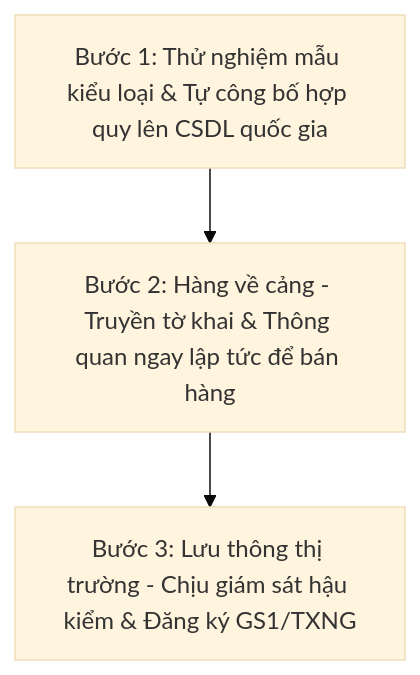
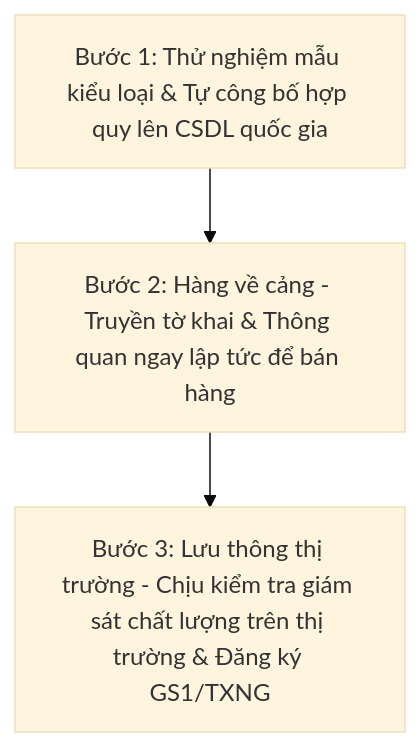
The first of 3 diagrams in knowledge/customs_rules/danh_muc_hàng_hóa_rủi_ro_trong_quá_trình_nhập_khẩu.md (thuysyooyoo/Ai-agent-kinh-doanh), drawn with Mermaid (base theme) before and after one commit. The commit also changed other lines of this file and 2 other files, not shown here.

Commit message:
docs/refactor: completely eliminate obsolete tiền kiểm and hậu kiểm terms

````diff
--- a/knowledge/customs_rules/danh_muc_hàng_hóa_rủi_ro_trong_quá_trình_nhập_khẩu.md
+++ b/knowledge/customs_rules/danh_muc_hàng_hóa_rủi_ro_trong_quá_trình_nhập_khẩu.md
@@ -64,5 +64,5 @@
 ```mermaid
 graph TD
     A[Bước 1: Thử nghiệm mẫu kiểu loại & Tự công bố hợp quy lên CSDL quốc gia] --> B[Bước 2: Hàng về cảng - Truyền tờ khai & Thông quan ngay lập tức để bán hàng]
-    B --> C[Bước 3: Lưu thông thị trường - Chịu giám sát hậu kiểm & Đăng ký GS1/TXNG]
+    B --> C[Bước 3: Lưu thông thị trường - Chịu kiểm tra giám sát chất lượng trên thị trường & Đăng ký GS1/TXNG]
 ```
````
